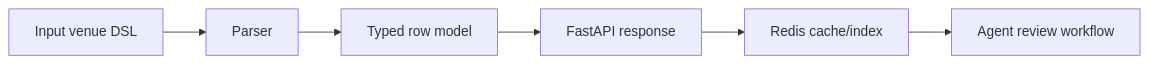
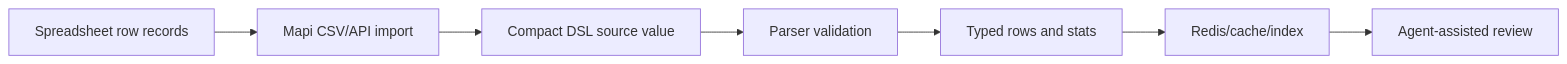
The diagram in README.md (dillon-barendt/mapi), drawn with Mermaid before and after one commit. The commit also changed other lines of this file and 42 other files, not shown here.

Commit message:
feat(portfolio): add broker workflow import demo and portfolio docs

````diff
--- a/README.md
+++ b/README.md
@@ -127,8 +197,9 @@
 ```mermaid
 flowchart LR
-    A["Input venue DSL"] --> B["Parser"]
-    B --> C["Typed row model"]
-    C --> D["FastAPI response"]
-    D --> E["Redis cache/index"]
-    E --> F["Agent review workflow"]
+    A["Spreadsheet row records"] --> B["Mapi CSV/API import"]
+    B --> C["Compact DSL source value"]
+    C --> D["Parser validation"]
+    D --> E["Typed rows and stats"]
+    E --> F["Redis/cache/index"]
+    F --> G["Agent-assisted review"]
 ```
````
